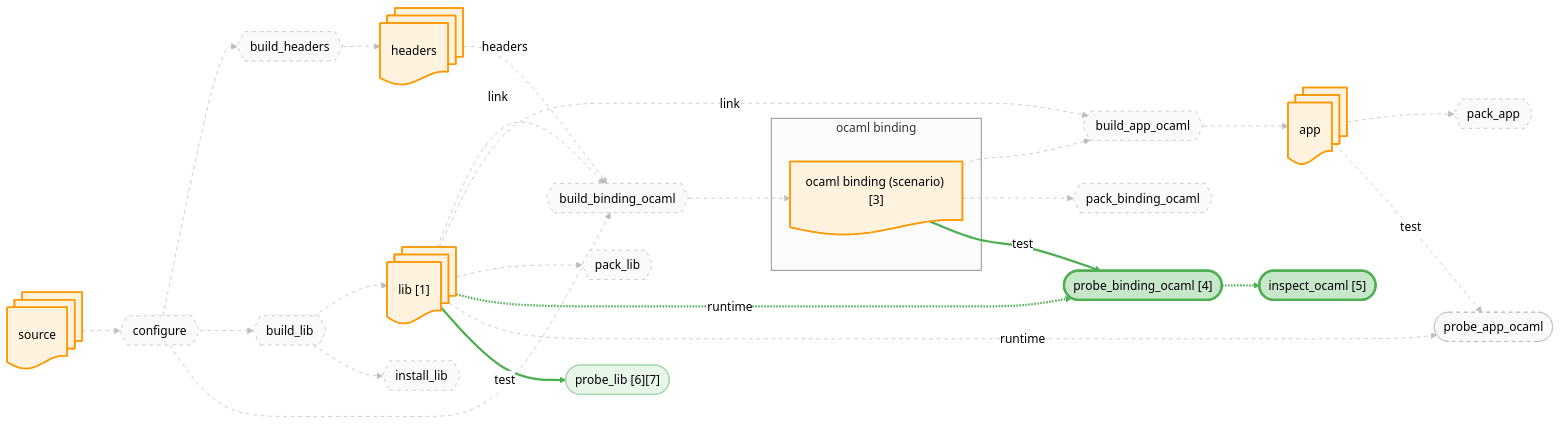
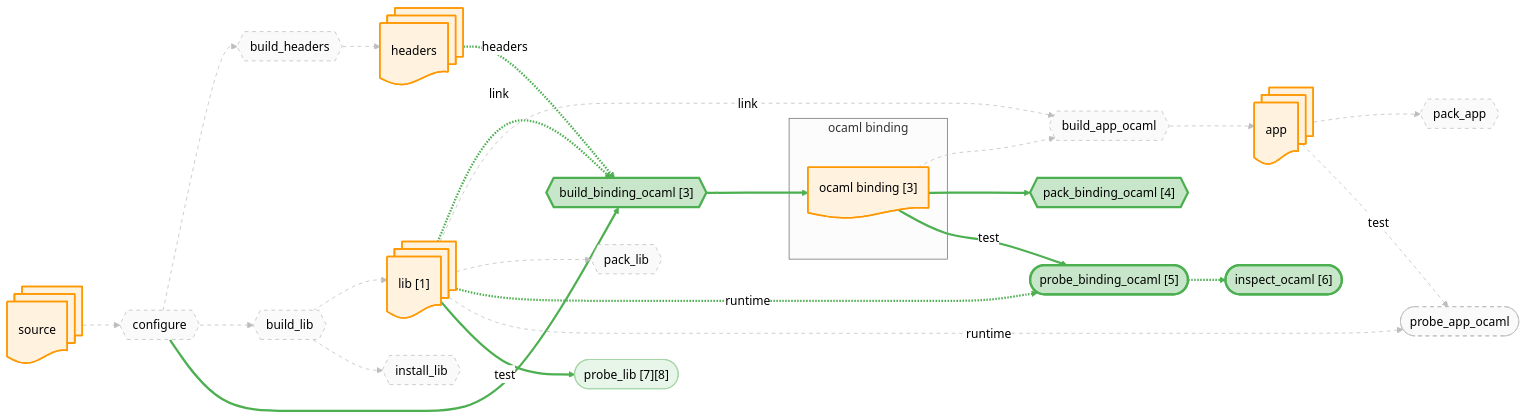
Before and after one commit to JHU-PL-Lab/tola: the diagram in docs/canary/projects/zarith/-run/diagrams/binding_ocaml.mmd, drawn with Mermaid (neutral theme). The commit also changed 110 other files, not shown here.

```diff
--- a/docs/canary/projects/zarith/-run/diagrams/binding_ocaml.mmd
+++ b/docs/canary/projects/zarith/-run/diagrams/binding_ocaml.mmd
@@ -1,91 +1,91 @@
 %% view: binding_ocaml
 graph LR
     source_node@{ shape: docs, label: "source" }
     headers_node@{ shape: docs, label: "headers" }
     lib_node@{ shape: docs, label: "lib [1]" }
     app_node@{ shape: docs, label: "app" }
     subgraph ocaml_binding_sg ["ocaml binding"]
-      ocaml_binding_fetch_node@{ shape: doc, label: "ocaml binding (scenario) [3]" }
+      ocaml_binding_build_tree_node@{ shape: doc, label: "ocaml binding [3]" }
     end
 
     A_configure{{"configure"}}
     A_build_headers{{"build_headers"}}
     A_build_lib{{"build_lib"}}
-    A_build_binding_ocaml{{"build_binding_ocaml"}}
+    A_build_binding_ocaml{{"build_binding_ocaml [3]"}}
     A_build_app_ocaml{{"build_app_ocaml"}}
     A_install_lib{{"install_lib"}}
-    A_pack_binding_ocaml{{"pack_binding_ocaml"}}
+    A_pack_binding_ocaml{{"pack_binding_ocaml [4]"}}
     A_pack_lib{{"pack_lib"}}
     A_pack_app{{"pack_app"}}
-    A_probe_binding_ocaml(["probe_binding_ocaml [4]"])
+    A_probe_binding_ocaml(["probe_binding_ocaml [5]"])
     A_probe_app_ocaml(["probe_app_ocaml"])
-    A_probe_lib(["probe_lib [6][7]"])
-    A_probe_binding_ocaml_inspect(["inspect_ocaml [5]"])
+    A_probe_lib(["probe_lib [7][8]"])
+    A_probe_binding_ocaml_inspect(["inspect_ocaml [6]"])
 
     source_node --> A_configure
     A_configure --> A_build_headers
     A_build_headers --> headers_node
     A_configure --> A_build_lib
     A_build_lib --> lib_node
     A_configure --> A_build_binding_ocaml
     headers_node -.->|headers| A_build_binding_ocaml
     lib_node -.->|link| A_build_binding_ocaml
-    A_build_binding_ocaml --> ocaml_binding_fetch_node
-    ocaml_binding_fetch_node --> A_build_app_ocaml
+    A_build_binding_ocaml --> ocaml_binding_build_tree_node
+    ocaml_binding_build_tree_node --> A_build_app_ocaml
     lib_node -.->|link| A_build_app_ocaml
     A_build_app_ocaml --> app_node
     A_build_lib --> A_install_lib
-    ocaml_binding_fetch_node --> A_pack_binding_ocaml
+    ocaml_binding_build_tree_node --> A_pack_binding_ocaml
     lib_node --> A_pack_lib
     app_node --> A_pack_app
-    ocaml_binding_fetch_node -->|test| A_probe_binding_ocaml
+    ocaml_binding_build_tree_node -->|test| A_probe_binding_ocaml
     lib_node -.->|runtime| A_probe_binding_ocaml
     app_node -->|test| A_probe_app_ocaml
     lib_node -.->|runtime| A_probe_app_ocaml
     lib_node -->|test| A_probe_lib
     A_probe_binding_ocaml -.-> A_probe_binding_ocaml_inspect
 
     classDef artifact fill:#fff3e0,stroke:#ff9800,stroke-width:2px
     classDef action fill:#f3e5f5,stroke:#9c27b0,stroke-width:2px
     classDef st_done fill:#c8e6c9,stroke:#4caf50,stroke-width:3px
     classDef st_done_ctx fill:#e8f5e9,stroke:#a5d6a7,stroke-width:1.5px
     classDef st_expected_fail fill:#fff9c4,stroke:#f9a825,stroke-width:2px
     classDef st_failed fill:#ffcdd2,stroke:#c62828,stroke-width:2px
     classDef st_skipped fill:#f5f5f5,stroke:#9e9e9e,stroke-dasharray:5
     classDef st_nospec fill:#fafafa,stroke:#bdbdbd,stroke-dasharray:5
-    class source_node,headers_node,lib_node,app_node,ocaml_binding_fetch_node artifact
+    class source_node,headers_node,lib_node,app_node,ocaml_binding_build_tree_node artifact
     class A_configure st_nospec
     class A_build_headers st_nospec
     class A_build_lib st_nospec
-    class A_build_binding_ocaml st_nospec
+    class A_build_binding_ocaml st_done
     class A_build_app_ocaml st_nospec
     class A_install_lib st_nospec
-    class A_pack_binding_ocaml st_nospec
+    class A_pack_binding_ocaml st_done
     class A_pack_lib st_nospec
     class A_pack_app st_nospec
     class A_probe_binding_ocaml st_done
     class A_probe_app_ocaml st_nospec
     class A_probe_lib st_done_ctx
     class A_probe_binding_ocaml_inspect st_done
     linkStyle 0 stroke:#bdbdbd,stroke-width:1px,stroke-dasharray:5
     linkStyle 1 stroke:#bdbdbd,stroke-width:1px,stroke-dasharray:5
     linkStyle 2 stroke:#bdbdbd,stroke-width:1px,stroke-dasharray:5
     linkStyle 3 stroke:#bdbdbd,stroke-width:1px,stroke-dasharray:5
     linkStyle 4 stroke:#bdbdbd,stroke-width:1px,stroke-dasharray:5
-    linkStyle 5 stroke:#bdbdbd,stroke-width:1px,stroke-dasharray:5
-    linkStyle 6 stroke:#bdbdbd,stroke-width:1px,stroke-dasharray:5
-    linkStyle 7 stroke:#bdbdbd,stroke-width:1px,stroke-dasharray:5
-    linkStyle 8 stroke:#bdbdbd,stroke-width:1px,stroke-dasharray:5
+    linkStyle 5 stroke:#4caf50,stroke-width:3px
+    linkStyle 6 stroke:#4caf50,stroke-width:3px
+    linkStyle 7 stroke:#4caf50,stroke-width:3px
+    linkStyle 8 stroke:#4caf50,stroke-width:3px
     linkStyle 9 stroke:#bdbdbd,stroke-width:1px,stroke-dasharray:5
     linkStyle 10 stroke:#bdbdbd,stroke-width:1px,stroke-dasharray:5
     linkStyle 11 stroke:#bdbdbd,stroke-width:1px,stroke-dasharray:5
     linkStyle 12 stroke:#bdbdbd,stroke-width:1px,stroke-dasharray:5
-    linkStyle 13 stroke:#bdbdbd,stroke-width:1px,stroke-dasharray:5
+    linkStyle 13 stroke:#4caf50,stroke-width:3px
     linkStyle 14 stroke:#bdbdbd,stroke-width:1px,stroke-dasharray:5
     linkStyle 15 stroke:#bdbdbd,stroke-width:1px,stroke-dasharray:5
     linkStyle 16 stroke:#4caf50,stroke-width:3px
     linkStyle 17 stroke:#4caf50,stroke-width:3px
     linkStyle 18 stroke:#bdbdbd,stroke-width:1px,stroke-dasharray:5
     linkStyle 19 stroke:#bdbdbd,stroke-width:1px,stroke-dasharray:5
     linkStyle 20 stroke:#4caf50,stroke-width:3px
     linkStyle 21 stroke:#4caf50,stroke-width:3px
```
